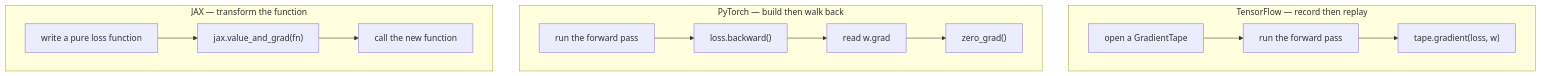
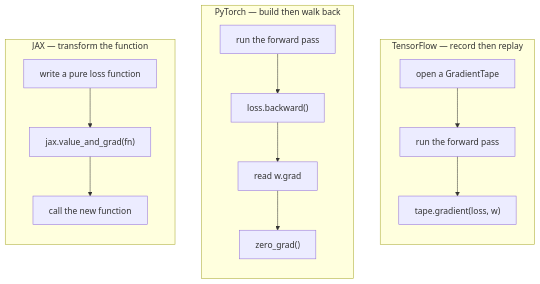
Before and after one commit to situkangsayur/dnd-ai-products-services-pro-course-slides: the diagram in figs/ch03-gradstyle.mmd, drawn with Mermaid. The commit also changed 148 other files, not shown here.

First line of the commit message:
Diagram yang mengecil: tuntas. 0 dari 191 figur tampil di bawah 55%

```diff
--- a/figs/ch03-gradstyle.mmd
+++ b/figs/ch03-gradstyle.mmd
@@ -1,11 +1,17 @@
+%% direction chosen by tools/figures.py: this renders
+%% better in the space a slide gives it. Edit the deck
+%% source, not this file.
 
 flowchart TB
   subgraph TF["TensorFlow — record then replay"]
+    direction TB
     T1["open a GradientTape"] --> T2["run the forward pass"] --> T3["tape.gradient(loss, w)"]
   end
   subgraph PT["PyTorch — build then walk back"]
+    direction TB
     P1["run the forward pass"] --> P2["loss.backward()"] --> P3["read w.grad"] --> P4["zero_grad()"]
   end
   subgraph JX["JAX — transform the function"]
+    direction TB
     J1["write a pure loss function"] --> J2["jax.value_and_grad(fn)"] --> J3["call the new function"]
   end
```
